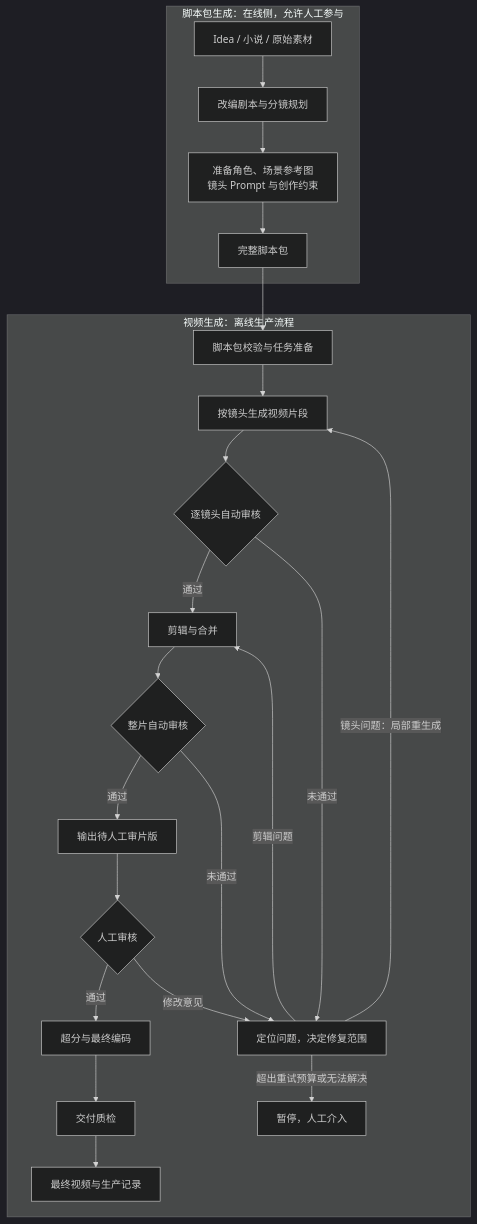
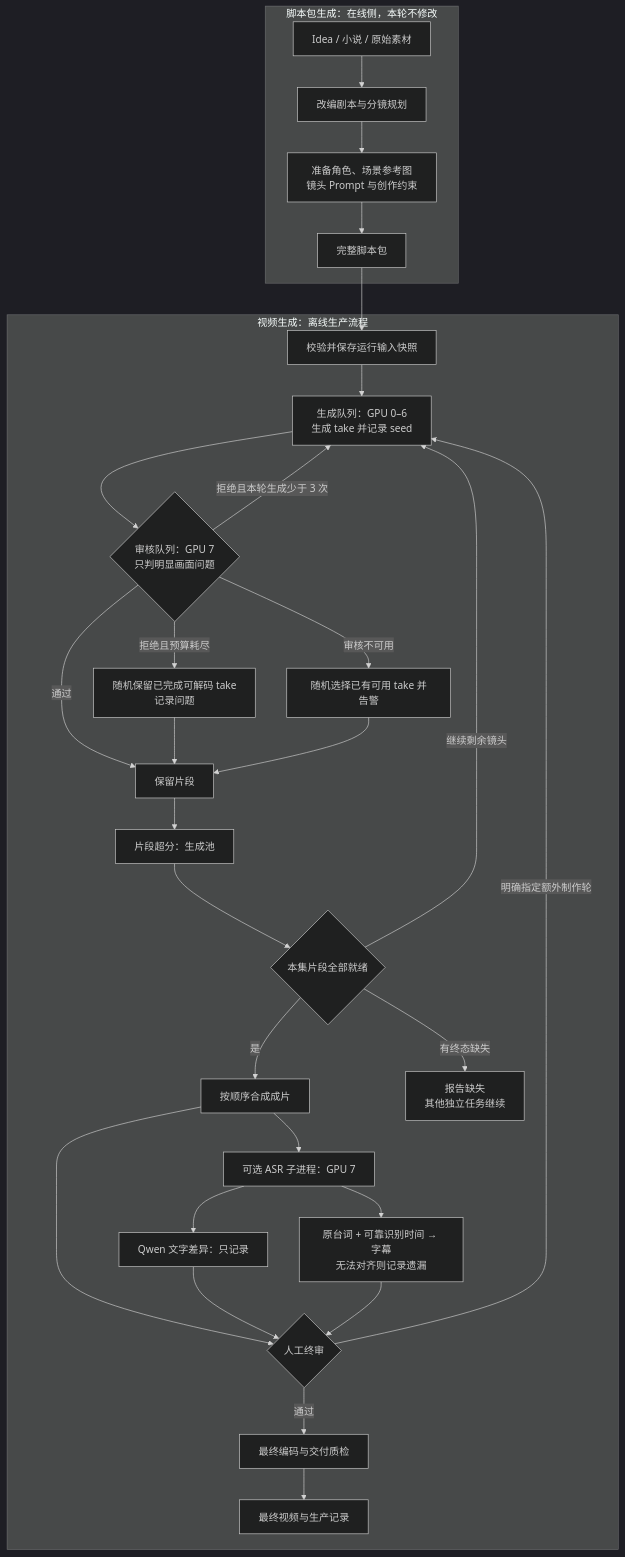
Before and after one commit to mtbnydx-dot/AI-AI-powered-local-fully-automated-video-workflow: the diagram in docs/workflow.md, drawn with Mermaid (dark theme). The commit also changed other lines of this file and 33 other files, not shown here.

````diff
--- a/docs/workflow.md
+++ b/docs/workflow.md
@@ -9,30 +9,34 @@
 ```mermaid
 flowchart TD
-    subgraph S["脚本包生成：在线侧，允许人工参与"]
+    subgraph S["脚本包生成：在线侧，本轮不修改"]
         A["Idea / 小说 / 原始素材"] --> B["改编剧本与分镜规划"]
         B --> C["准备角色、场景参考图<br/>镜头 Prompt 与创作约束"]
         C --> D["完整脚本包"]
     end
 
     subgraph V["视频生成：离线生产流程"]
-        D --> E["脚本包校验与任务准备"]
-        E --> F["按镜头生成视频片段"]
-        F --> G{"逐镜头自动审核"}
-        G -->|通过| H["剪辑与合并"]
-        G -->|未通过| R["定位问题，决定修复范围"]
-
-        H --> I{"整片自动审核"}
-        I -->|通过| J["输出待人工审片版"]
-        I -->|未通过| R
-
-        R -->|镜头问题：局部重生成| F
-        R -->|剪辑问题| H
-        R -->|超出重试预算或无法解决| M["暂停，人工介入"]
-
-        J --> K{"人工审核"}
-        K -->|通过| L["超分与最终编码"]
-        K -->|修改意见| R
-        L --> N["交付质检"]
+        D --> E["校验并保存运行输入快照"]
+        E --> F["生成队列：GPU 0–6<br/>生成 take 并记录 seed"]
+        F --> G{"审核队列：GPU 7<br/>只判明显画面问题"}
+        G -->|通过| U["保留片段"]
+        G -->|拒绝且本轮生成少于 3 次| F
+        G -->|拒绝且预算耗尽| X["随机保留已完成可解码 take<br/>记录问题"]
+        G -->|审核不可用| Y["随机选择已有可用 take 并告警"]
+        X --> U
+        Y --> U
+        U --> H["片段超分：生成池"]
+        H --> W{"本集片段全部就绪"}
+        W -->|是| P["按顺序合成成片"]
+        W -->|继续剩余镜头| F
+        W -->|有终态缺失| M["报告缺失<br/>其他独立任务继续"]
+        P --> A1["可选 ASR 子进程：GPU 7"]
+        A1 --> A2["Qwen 文字差异：只记录"]
+        A1 --> A3["原台词 + 可靠识别时间 → 字幕<br/>无法对齐则记录遗漏"]
+        P --> K{"人工终审"}
+        A2 --> K
+        A3 --> K
+        K -->|通过| N["最终编码与交付质检"]
+        K -->|明确指定额外制作轮| F
         N --> O["最终视频与生产记录"]
     end
 ```
````
